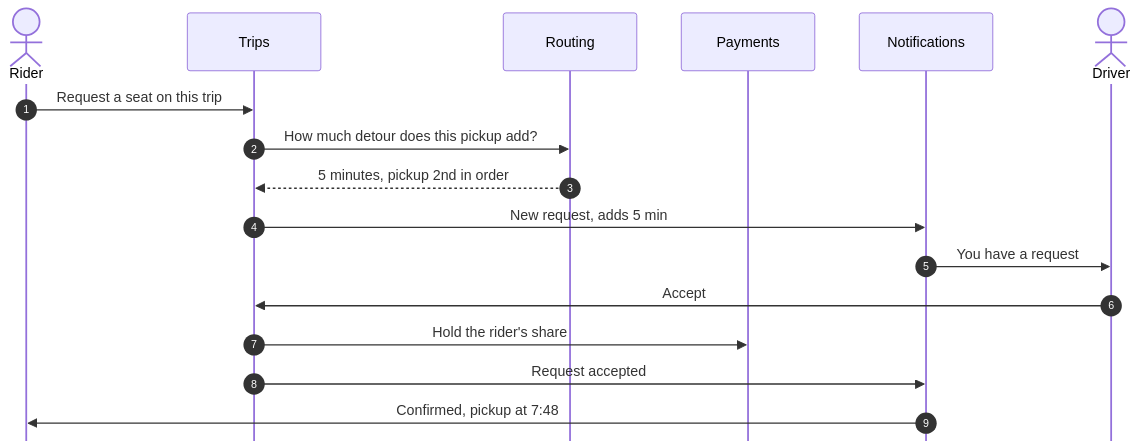
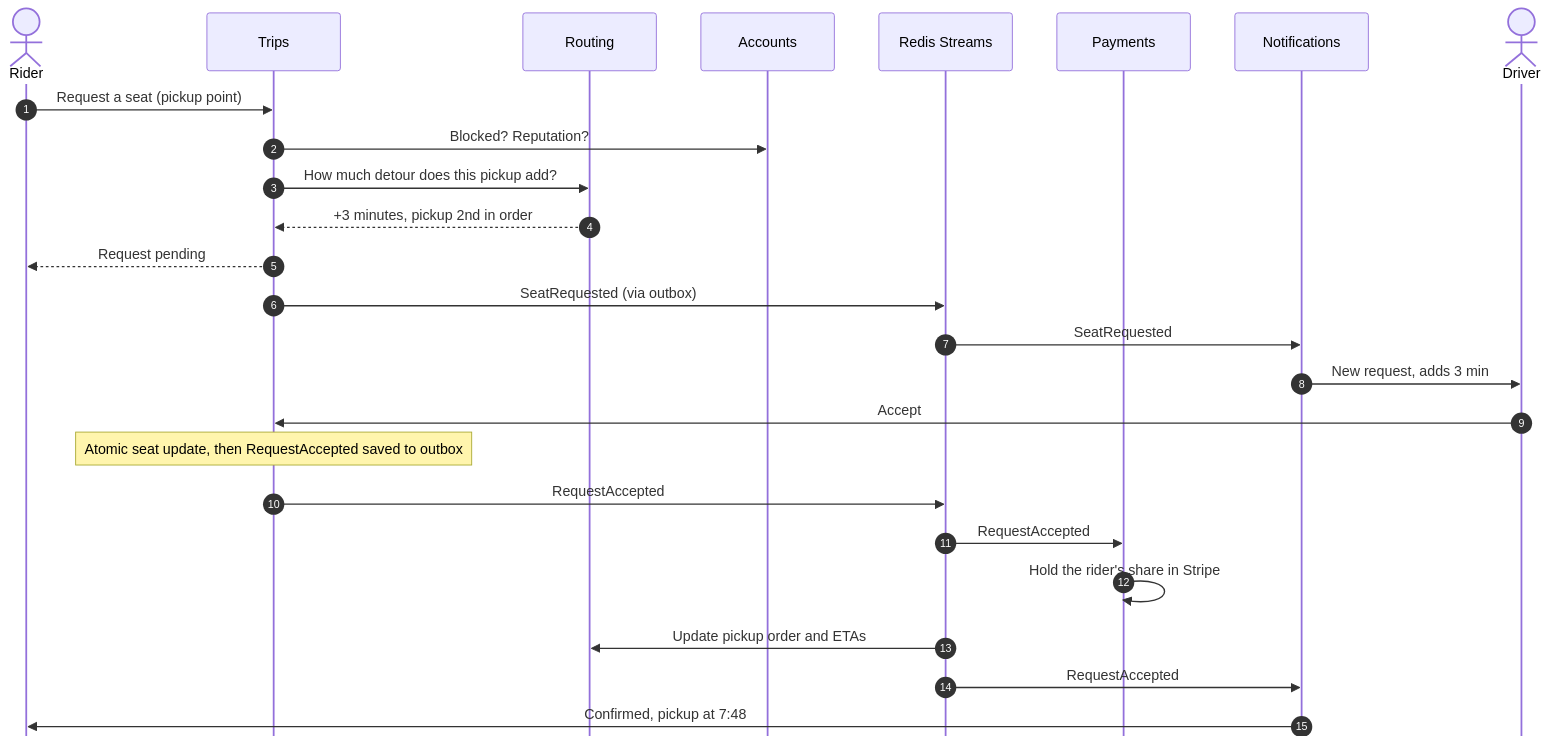
One commit to Andrew-Ih/COMP-4350-Group5-GetDrove changed the second of 2 diagrams in docs/architecture/architecture.md. Above: the diagram before and after it, drawn with Mermaid. The commit also changed other lines of this file and 23 other files, not shown here.

````diff
--- a/docs/architecture/architecture.md
+++ b/docs/architecture/architecture.md
@@ -74,22 +98,31 @@
 ```mermaid
 %%{init: {'sequence': {'mirrorActors': false}}}%%
 sequenceDiagram
     autonumber
     actor Rider
     participant Trips
     participant Routing
+    participant Accounts
+    participant Streams as Redis Streams
     participant Payments
     participant Notify as Notifications
     actor Driver
 
-    Rider->>Trips: Request a seat on this trip
+    Rider->>Trips: Request a seat (pickup point)
+    Trips->>Accounts: Blocked? Reputation?
     Trips->>Routing: How much detour does this pickup add?
-    Routing-->>Trips: 5 minutes, pickup 2nd in order
-    Trips->>Notify: New request, adds 5 min
-    Notify->>Driver: You have a request
+    Routing-->>Trips: +3 minutes, pickup 2nd in order
+    Trips-->>Rider: Request pending
+    Trips->>Streams: SeatRequested (via outbox)
+    Streams->>Notify: SeatRequested
+    Notify->>Driver: New request, adds 3 min
 
     Driver->>Trips: Accept
-    Trips->>Payments: Hold the rider's share
-    Trips->>Notify: Request accepted
+    Note over Trips: Atomic seat update, then RequestAccepted saved to outbox
+    Trips->>Streams: RequestAccepted
+    Streams->>Payments: RequestAccepted
+    Payments->>Payments: Hold the rider's share in Stripe
+    Streams->>Routing: Update pickup order and ETAs
+    Streams->>Notify: RequestAccepted
     Notify->>Rider: Confirmed, pickup at 7:48
 ```
````
